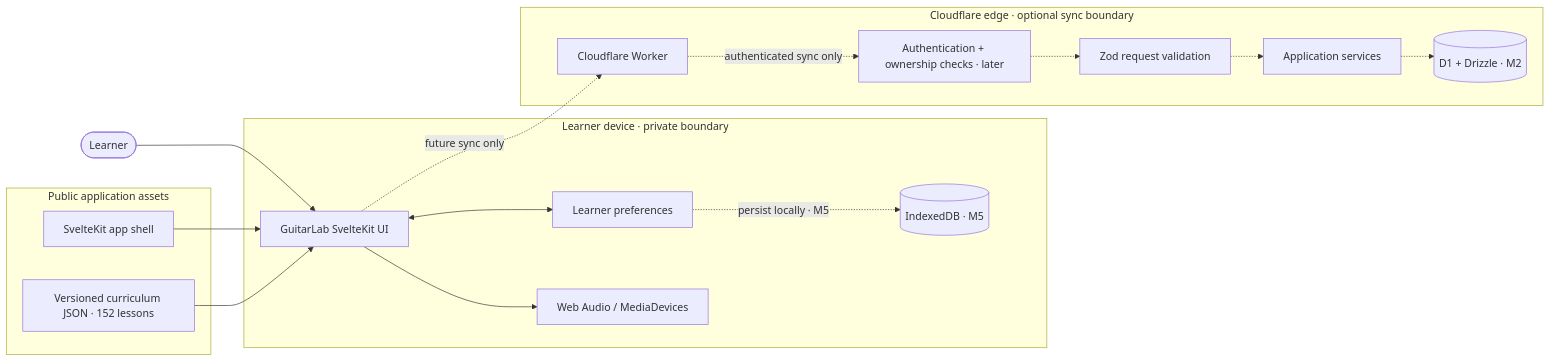
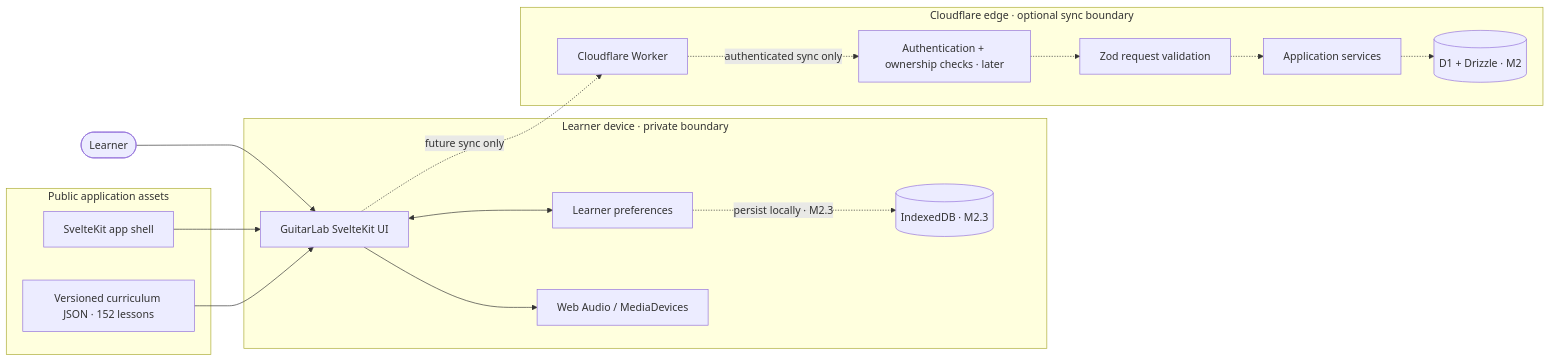
The first of 7 diagrams in docs/DIAGRAMS.md (leenusdarnal/guitarlab), drawn with Mermaid before and after one commit. The commit also changed other lines of this file, not shown here.

Commit message:
docs(m2.3): align architecture diagrams with local persistence milestone

````diff
--- a/docs/DIAGRAMS.md
+++ b/docs/DIAGRAMS.md
@@ -7,32 +7,32 @@
 ```mermaid
 flowchart LR
   learner([Learner])
   subgraph device["Learner device · private boundary"]
     ui["GuitarLab SvelteKit UI"]
     prefs["Learner preferences"]
-    idb[("IndexedDB · M5")]
+    idb[("IndexedDB · M2.3")]
     audio["Web Audio / MediaDevices"]
     ui <--> prefs
-    prefs -. "persist locally · M5" .-> idb
+    prefs -. "persist locally · M2.3" .-> idb
     ui --> audio
   end
   subgraph public["Public application assets"]
     lessons["Versioned curriculum JSON · 152 lessons"]
     shell["SvelteKit app shell"]
   end
   subgraph edge["Cloudflare edge · optional sync boundary"]
     worker["Cloudflare Worker"]
     auth["Authentication + ownership checks · later"]
     validate["Zod request validation"]
     services["Application services"]
     d1[("D1 + Drizzle · M2")]
     worker -. "authenticated sync only" .-> auth
     auth -.-> validate
     validate -.-> services
     services -.-> d1
   end
   learner --> ui
   shell --> ui
   lessons --> ui
   ui -. "future sync only" .-> worker
 ```
````
